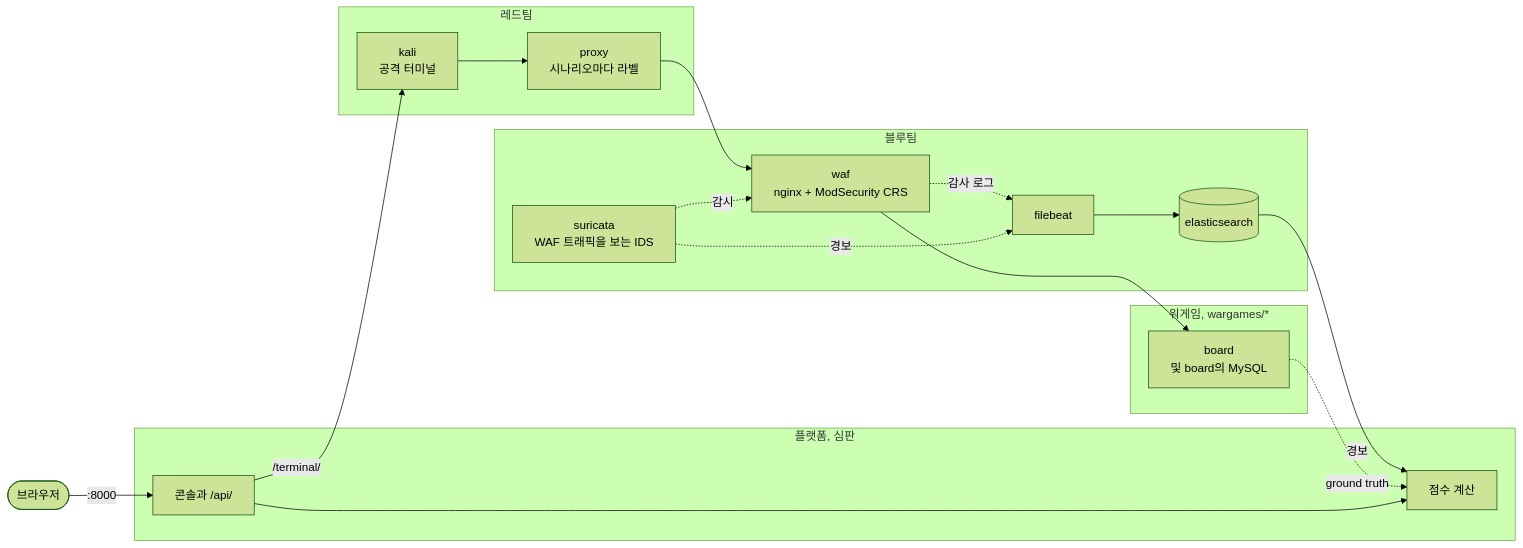
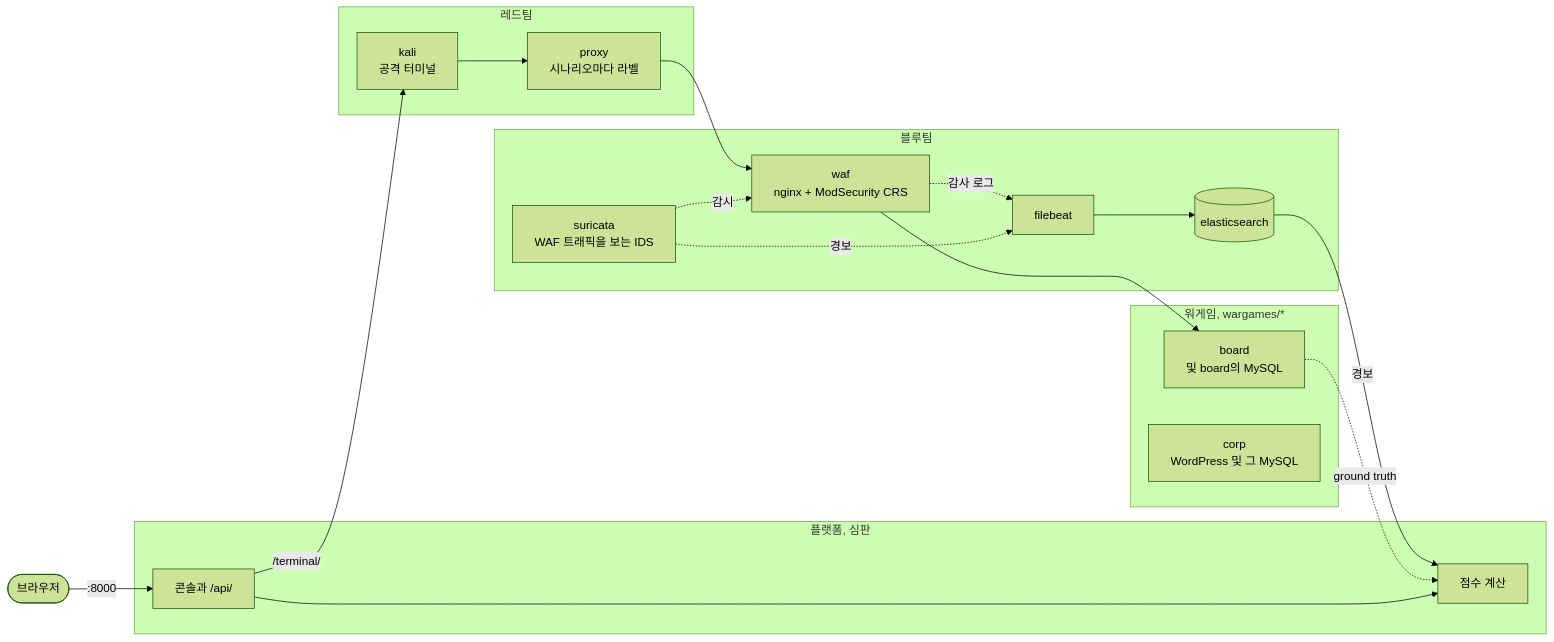
Before and after one commit to Nekonic/fsl-project-mvp: the second of 2 diagrams in README.ko.md, drawn with Mermaid (forest theme). The commit also changed other lines of this file and 4 other files, not shown here.

First line of the commit message:
docs: reconcile README and ARCHITECTURE (+ .ko.md) with the corp wargame

````diff
--- a/README.ko.md
+++ b/README.ko.md
@@ -48,38 +48,39 @@
 ```mermaid
 flowchart LR
   person(["브라우저"])
 
   subgraph red["레드팀"]
     kali["kali<br/>공격 터미널"]
     proxy["proxy<br/>시나리오마다 라벨"]
   end
 
   subgraph blue["블루팀"]
     waf["waf<br/>nginx + ModSecurity CRS"]
     suricata["suricata<br/>WAF 트래픽을 보는 IDS"]
     filebeat["filebeat"]
     es[("elasticsearch")]
   end
 
   subgraph wargames["워게임, wargames/*"]
     board["board<br/>및 board의 MySQL"]
+    corp["corp<br/>WordPress 및 그 MySQL"]
   end
 
   subgraph platform["플랫폼, 심판"]
     console["콘솔과 /api/"]
     scoring["점수 계산"]
   end
 
   person -->|":8000"| console
   console -->|"/terminal/"| kali
   kali --> proxy
   proxy --> waf
   waf --> board
   suricata -.->|감시| waf
   waf -.->|감사 로그| filebeat
   suricata -.->|경보| filebeat
   filebeat --> es
   es -->|경보| scoring
   board -.->|ground truth| scoring
   console --> scoring
 ```
````
